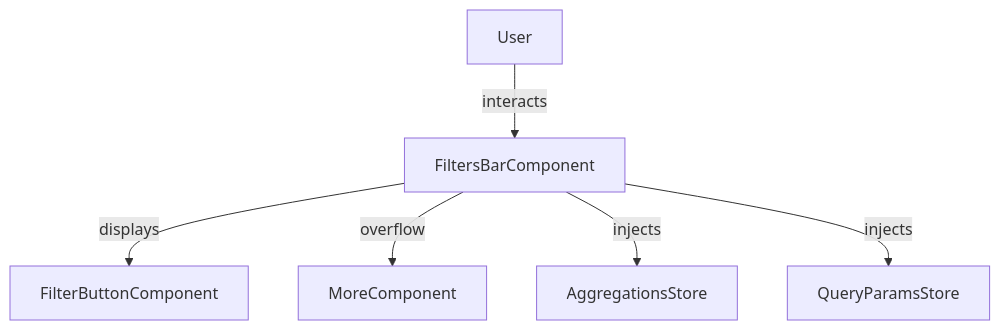
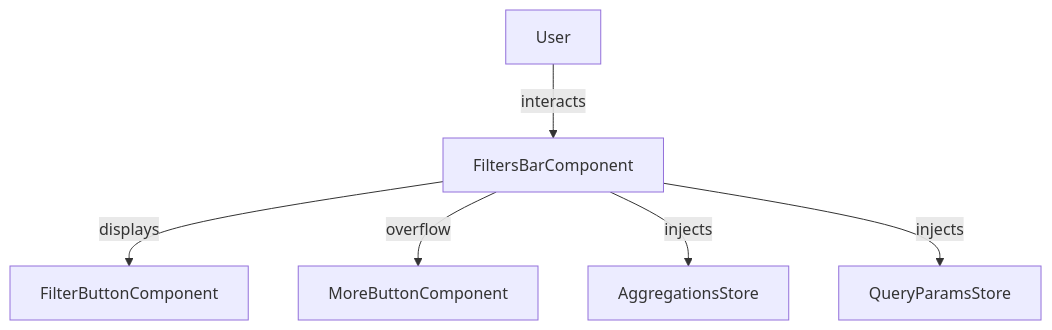
The first of 2 diagrams in docusaurus/docs/atomic-angular/components/filters/filters-bar.md (sinequa/sba-mint), drawn with Mermaid before and after one commit. The commit also changed other lines of this file and 205 other files, not shown here.

````diff
--- a/docusaurus/docs/atomic-angular/components/filters/filters-bar.md
+++ b/docusaurus/docs/atomic-angular/components/filters/filters-bar.md
@@ -38,8 +89,8 @@
 ```mermaid
 flowchart TD
     User -- interacts --> FiltersBarComponent
     FiltersBarComponent -- displays --> FilterButtonComponent
-    FiltersBarComponent -- overflow --> MoreComponent
+    FiltersBarComponent -- overflow --> MoreButtonComponent
     FiltersBarComponent -- injects --> AggregationsStore
     FiltersBarComponent -- injects --> QueryParamsStore
 ```
````
